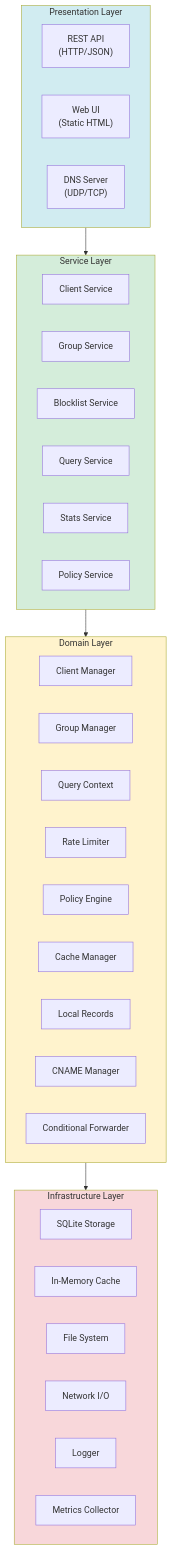
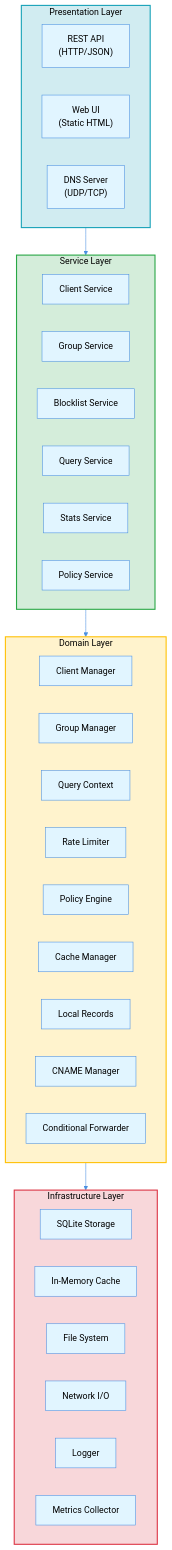
The second of 2 diagrams in docs/architecture/overview.md (erfianugrah/gloryhole), drawn with Mermaid before and after one commit. The commit also changed other lines of this file and 15 other files, not shown here.

First line of the commit message:
Update documentation to v0.7.8 and fix diagram contrast

````diff
--- a/docs/architecture/overview.md
+++ b/docs/architecture/overview.md
@@ -213,47 +214,48 @@
 ```mermaid
+%%{init: {'theme':'base', 'themeVariables': { 'primaryColor':'#e1f5ff','primaryTextColor':'#000','primaryBorderColor':'#4a90e2','lineColor':'#4a90e2','secondaryColor':'#f0f0f0','tertiaryColor':'#fff'}}}%%
 graph TB
     subgraph Presentation["Presentation Layer"]
         RESTAPI["REST API<br/>(HTTP/JSON)"]
         WebUI["Web UI<br/>(Static HTML)"]
         DNSServer["DNS Server<br/>(UDP/TCP)"]
     end
 
     subgraph Service["Service Layer"]
         ClientSvc["Client Service"]
         GroupSvc["Group Service"]
         BlocklistSvc["Blocklist Service"]
         QuerySvc["Query Service"]
         StatsSvc["Stats Service"]
         PolicySvc["Policy Service"]
     end
 
     subgraph Domain["Domain Layer"]
         ClientMgr["Client Manager"]
         GroupMgr["Group Manager"]
         QueryCtx["Query Context"]
         RateLimiter["Rate Limiter"]
         PolicyEngine["Policy Engine"]
         CacheMgr["Cache Manager"]
         LocalRecords["Local Records"]
         CNAMEMgr["CNAME Manager"]
         ConditionalFwd["Conditional Forwarder"]
     end
 
     subgraph Infrastructure["Infrastructure Layer"]
         SQLite["SQLite Storage"]
         MemCache["In-Memory Cache"]
         FileSystem["File System"]
         NetworkIO["Network I/O"]
         Logger["Logger"]
         Metrics["Metrics Collector"]
     end
 
     Presentation --> Service
     Service --> Domain
     Domain --> Infrastructure
 
-    style Presentation fill:#d1ecf1
-    style Service fill:#d4edda
-    style Domain fill:#fff3cd
-    style Infrastructure fill:#f8d7da
+    style Presentation fill:#d1ecf1,stroke:#17a2b8,stroke-width:2px,color:#000
+    style Service fill:#d4edda,stroke:#28a745,stroke-width:2px,color:#000
+    style Domain fill:#fff3cd,stroke:#ffc107,stroke-width:2px,color:#000
+    style Infrastructure fill:#f8d7da,stroke:#dc3545,stroke-width:2px,color:#000
 ```
````
